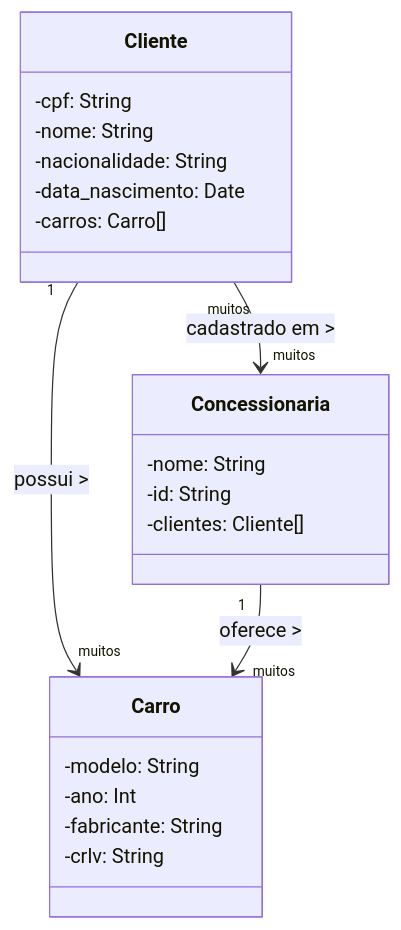
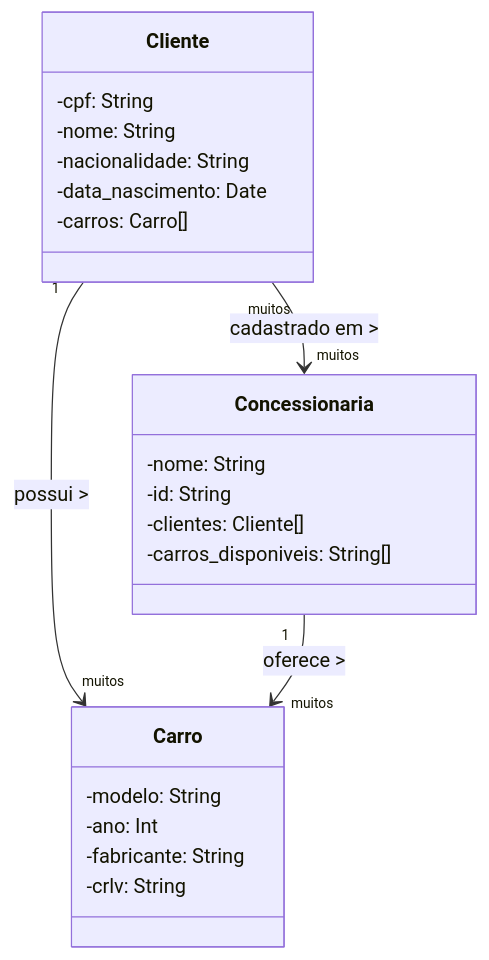
The diagram in documentacao/diagrama_classes.mmd (S202-L1/aplicacao), drawn with Mermaid before and after one commit. The commit also changed 8 other files, not shown here.

```diff
--- a/documentacao/diagrama_classes.mmd
+++ b/documentacao/diagrama_classes.mmd
@@ -1,25 +1,26 @@
 classDiagram
     class Carro {
         -modelo: String
         -ano: Int
         -fabricante: String
         -crlv: String
     }
 
     class Cliente {
         -cpf: String
         -nome: String
         -nacionalidade: String
         -data_nascimento: Date
         -carros: Carro[]
     }
 
     class Concessionaria {
         -nome: String
         -id: String
         -clientes: Cliente[]
+        -carros_disponiveis: String[]
     }
 
     Cliente "1" --> "muitos" Carro : possui >
     Concessionaria "1" --> "muitos" Carro : oferece >
     Cliente "muitos" --> "muitos" Concessionaria : cadastrado em >
```
